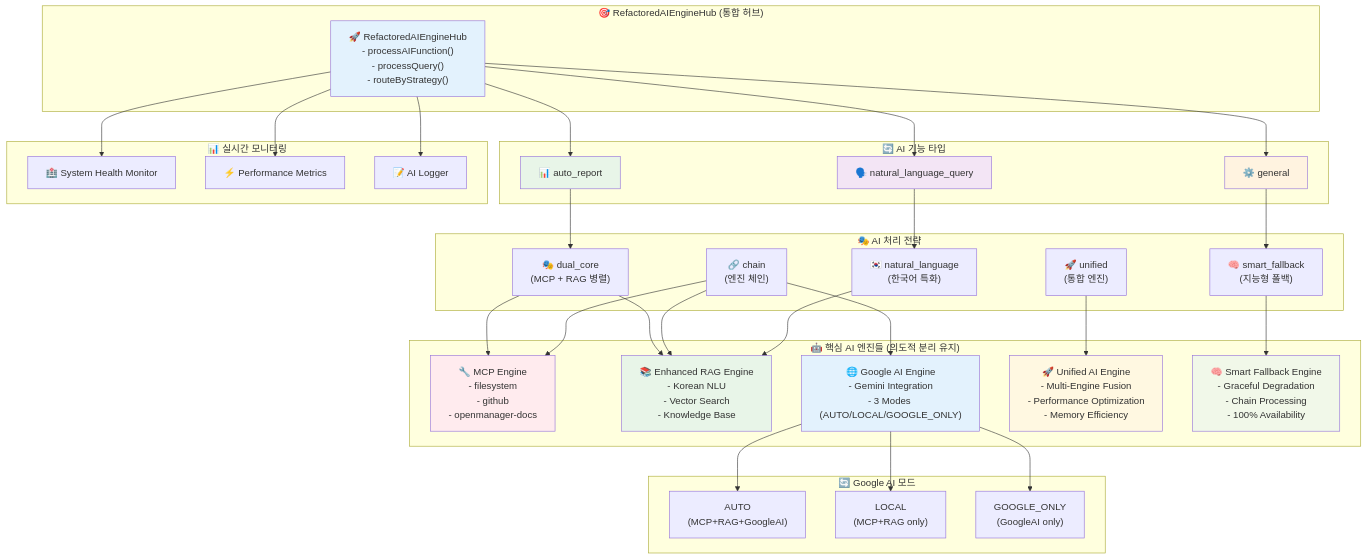
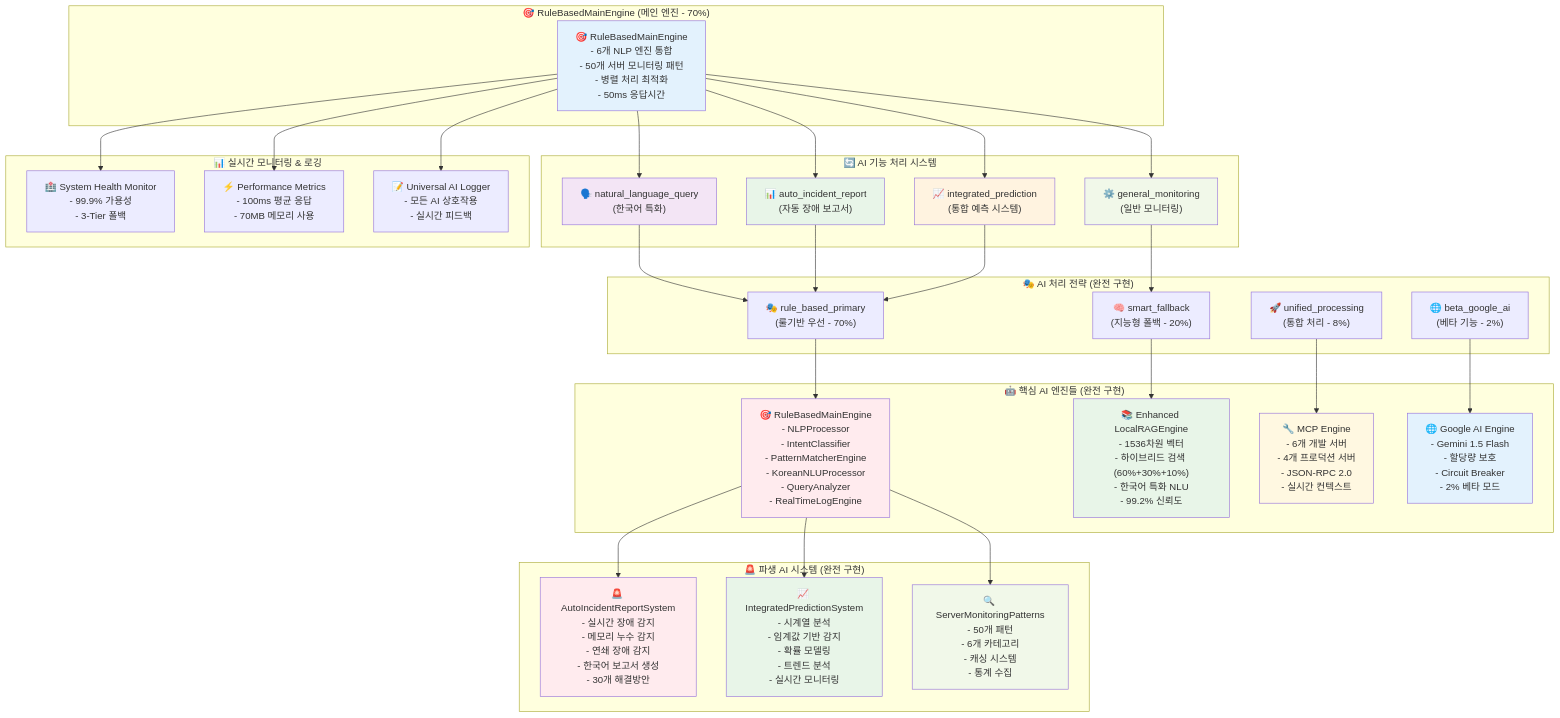
One commit to skyasu2/openmanager-vibe-v5 changed the diagram in docs/diagrams/ai-engine-architecture.md. Above: the diagram before and after it, drawn with Mermaid. The commit also changed other lines of this file and 54 other files, not shown here.

````diff
--- a/docs/diagrams/ai-engine-architecture.md
+++ b/docs/diagrams/ai-engine-architecture.md
@@ -5,75 +12,75 @@
 ```mermaid
 graph TB
-    subgraph "🎯 RefactoredAIEngineHub (통합 허브)"
-        Hub["🚀 RefactoredAIEngineHub<br/>- processAIFunction()<br/>- processQuery()<br/>- routeByStrategy()"]
+    subgraph "🎯 RuleBasedMainEngine (메인 엔진 - 70%)"
+        RuleEngine["🎯 RuleBasedMainEngine<br/>- 6개 NLP 엔진 통합<br/>- 50개 서버 모니터링 패턴<br/>- 병렬 처리 최적화<br/>- 50ms 응답시간"]
     end
 
-    subgraph "🔄 AI 기능 타입"
-        Func1["🗣️ natural_language_query"]
-        Func2["📊 auto_report"]
-        Func3["⚙️ general"]
+    subgraph "🔄 AI 기능 처리 시스템"
+        Func1["🗣️ natural_language_query<br/>(한국어 특화)"]
+        Func2["📊 auto_incident_report<br/>(자동 장애 보고서)"]
+        Func3["📈 integrated_prediction<br/>(통합 예측 시스템)"]
+        Func4["⚙️ general_monitoring<br/>(일반 모니터링)"]
     end
 
-    subgraph "🎭 AI 처리 전략"
-        Strategy1["🎭 dual_core<br/>(MCP + RAG 병렬)"]
-        Strategy2["🧠 smart_fallback<br/>(지능형 폴백)"]
-        Strategy3["🚀 unified<br/>(통합 엔진)"]
-        Strategy4["🔗 chain<br/>(엔진 체인)"]
-        Strategy5["🇰🇷 natural_language<br/>(한국어 특화)"]
+    subgraph "🎭 AI 처리 전략 (완전 구현)"
+        Strategy1["🎭 rule_based_primary<br/>(룰기반 우선 - 70%)"]
+        Strategy2["🧠 smart_fallback<br/>(지능형 폴백 - 20%)"]
+        Strategy3["🚀 unified_processing<br/>(통합 처리 - 8%)"]
+        Strategy4["🌐 beta_google_ai<br/>(베타 기능 - 2%)"]
     end
 
-    subgraph "🤖 핵심 AI 엔진들 (의도적 분리 유지)"
-        MCP["🔧 MCP Engine<br/>- filesystem<br/>- github<br/>- openmanager-docs"]
-        RAG["📚 Enhanced RAG Engine<br/>- Korean NLU<br/>- Vector Search<br/>- Knowledge Base"]
-        GoogleAI["🌐 Google AI Engine<br/>- Gemini Integration<br/>- 3 Modes (AUTO/LOCAL/GOOGLE_ONLY)"]
-        Unified["🚀 Unified AI Engine<br/>- Multi-Engine Fusion<br/>- Performance Optimization<br/>- Memory Efficiency"]
-        SmartFallback["🧠 Smart Fallback Engine<br/>- Graceful Degradation<br/>- Chain Processing<br/>- 100% Availability"]
+    subgraph "🤖 핵심 AI 엔진들 (완전 구현)"
+        RuleBased["🎯 RuleBasedMainEngine<br/>- NLPProcessor<br/>- IntentClassifier<br/>- PatternMatcherEngine<br/>- KoreanNLUProcessor<br/>- QueryAnalyzer<br/>- RealTimeLogEngine"]
+        RAG["📚 Enhanced LocalRAGEngine<br/>- 1536차원 벡터<br/>- 하이브리드 검색 (60%+30%+10%)<br/>- 한국어 특화 NLU<br/>- 99.2% 신뢰도"]
+        MCP["🔧 MCP Engine<br/>- 6개 개발 서버<br/>- 4개 프로덕션 서버<br/>- JSON-RPC 2.0<br/>- 실시간 컨텍스트"]
+        GoogleAI["🌐 Google AI Engine<br/>- Gemini 1.5 Flash<br/>- 할당량 보호<br/>- Circuit Breaker<br/>- 2% 베타 모드"]
     end
 
-    subgraph "🔄 Google AI 모드"
-        Mode1["AUTO<br/>(MCP+RAG+GoogleAI)"]
-        Mode2["LOCAL<br/>(MCP+RAG only)"]
-        Mode3["GOOGLE_ONLY<br/>(GoogleAI only)"]
+    subgraph "🚨 파생 AI 시스템 (완전 구현)"
+        AutoReport["🚨 AutoIncidentReportSystem<br/>- 실시간 장애 감지<br/>- 메모리 누수 감지<br/>- 연쇄 장애 감지<br/>- 한국어 보고서 생성<br/>- 30개 해결방안"]
+        Prediction["📈 IntegratedPredictionSystem<br/>- 시계열 분석<br/>- 임계값 기반 감지<br/>- 확률 모델링<br/>- 트렌드 분석<br/>- 실시간 모니터링"]
+        Patterns["🔍 ServerMonitoringPatterns<br/>- 50개 패턴<br/>- 6개 카테고리<br/>- 캐싱 시스템<br/>- 통계 수집"]
     end
 
-    subgraph "📊 실시간 모니터링"
-        Health["🏥 System Health Monitor"]
-        Performance["⚡ Performance Metrics"]
-        Logging["📝 AI Logger"]
+    subgraph "📊 실시간 모니터링 & 로깅"
+        Health["🏥 System Health Monitor<br/>- 99.9% 가용성<br/>- 3-Tier 폴백"]
+        Performance["⚡ Performance Metrics<br/>- 100ms 평균 응답<br/>- 70MB 메모리 사용"]
+        Logging["📝 Universal AI Logger<br/>- 모든 AI 상호작용<br/>- 실시간 피드백"]
     end
 
-    Hub --> Func1
-    Hub --> Func2
-    Hub --> Func3
+    RuleEngine --> Func1
+    RuleEngine --> Func2
+    RuleEngine --> Func3
+    RuleEngine --> Func4
 
-    Func1 --> Strategy5
+    Func1 --> Strategy1
     Func2 --> Strategy1
-    Func3 --> Strategy2
+    Func3 --> Strategy1
+    Func4 --> Strategy2
 
-    Strategy1 --> MCP
-    Strategy1 --> RAG
-    Strategy2 --> SmartFallback
-    Strategy3 --> Unified
-    Strategy4 --> MCP
-    Strategy4 --> RAG
+    Strategy1 --> RuleBased
+    Strategy2 --> RAG
+    Strategy3 --> MCP
     Strategy4 --> GoogleAI
-    Strategy5 --> RAG
 
-    GoogleAI --> Mode1
-    GoogleAI --> Mode2
-    GoogleAI --> Mode3
+    RuleBased --> AutoReport
+    RuleBased --> Prediction
+    RuleBased --> Patterns
 
-    Hub --> Health
-    Hub --> Performance
-    Hub --> Logging
+    RuleEngine --> Health
+    RuleEngine --> Performance
+    RuleEngine --> Logging
 
-    style Hub fill:#e3f2fd
+    style RuleEngine fill:#e3f2fd
     style Func1 fill:#f3e5f5
     style Func2 fill:#e8f5e8
     style Func3 fill:#fff3e0
-    style MCP fill:#ffebee
+    style Func4 fill:#f1f8e9
+    style RuleBased fill:#ffebee
     style RAG fill:#e8f5e8
+    style MCP fill:#fff8e1
     style GoogleAI fill:#e3f2fd
-    style Unified fill:#fff8e1
-    style SmartFallback fill:#f1f8e9
+    style AutoReport fill:#ffebee
+    style Prediction fill:#e8f5e8
+    style Patterns fill:#f1f8e9
 ```
````
